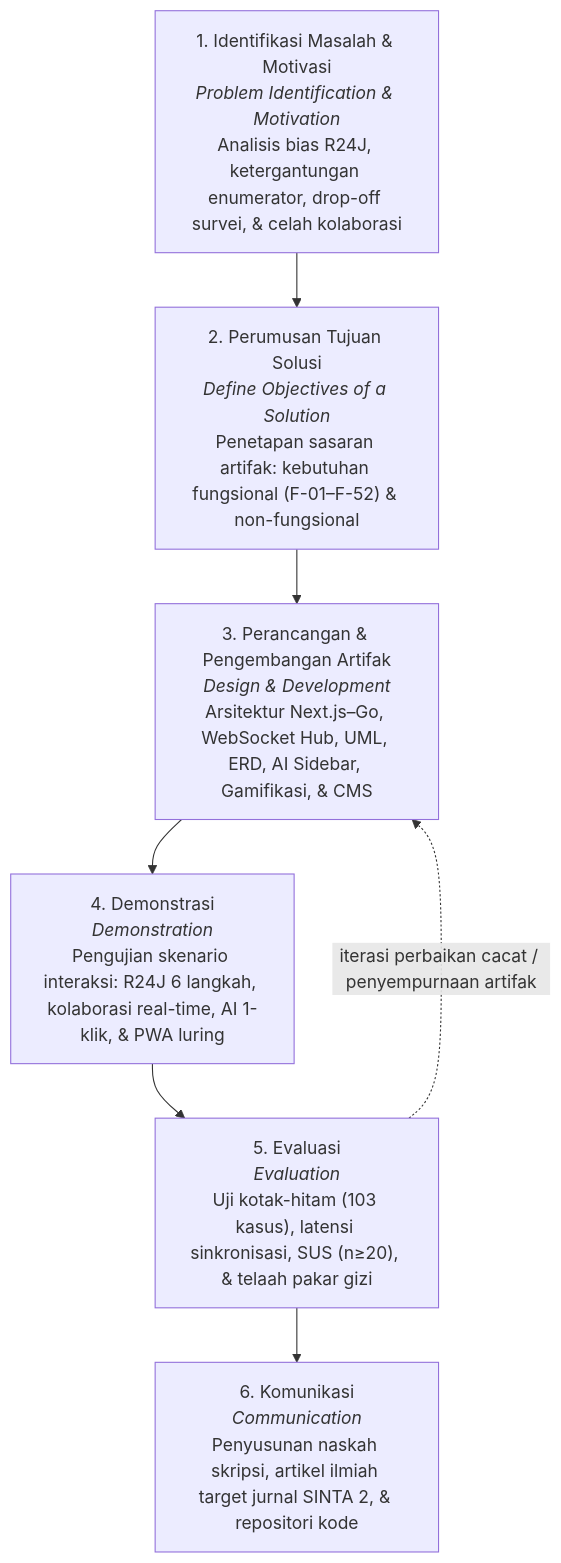
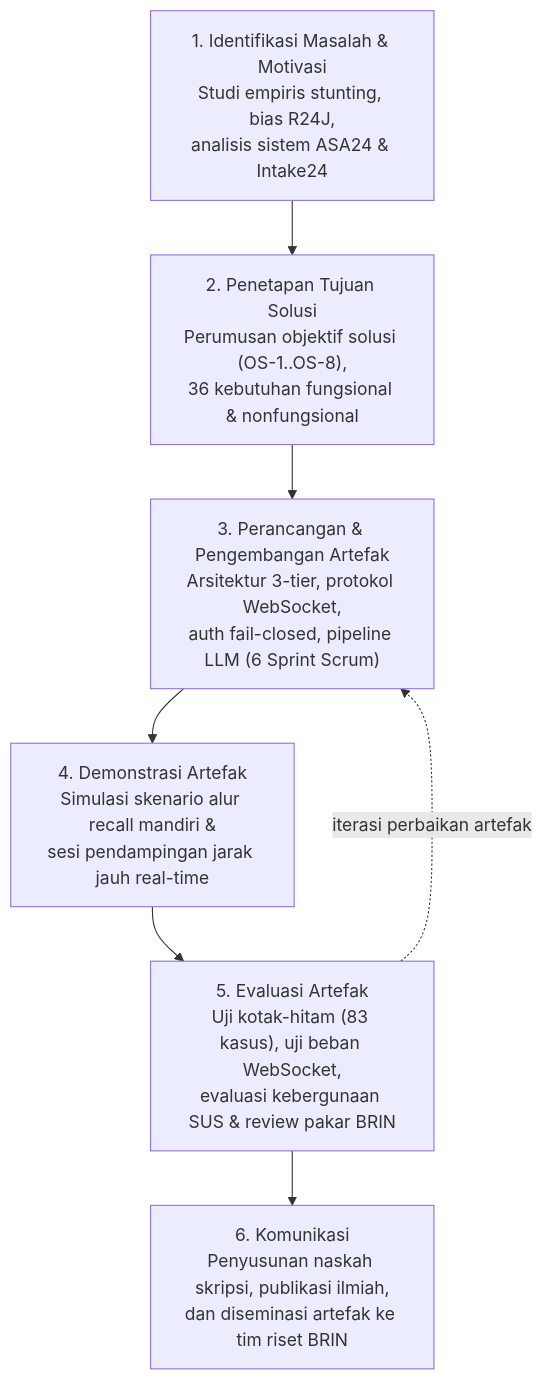
Before and after one commit to Babyhex7/atlas_food_frontend: the first of 14 diagrams in docs/Skripsi_Atlas_Food_Bab_1-5.md, drawn with Mermaid. The commit also changed other lines of this file, not shown here.

Commit message:
add skripsi

````diff
--- a/docs/Skripsi_Atlas_Food_Bab_1-5.md
+++ b/docs/Skripsi_Atlas_Food_Bab_1-5.md
@@ -468,10 +464,10 @@
 ```mermaid
 flowchart TD
-    A["1. Identifikasi Masalah & Motivasi<br/><i>Problem Identification & Motivation</i><br/>Analisis bias R24J, ketergantungan enumerator, drop-off survei, & celah kolaborasi"] --> B
-    B["2. Perumusan Tujuan Solusi<br/><i>Define Objectives of a Solution</i><br/>Penetapan sasaran artifak: kebutuhan fungsional (F-01–F-52) & non-fungsional"] --> C
-    C["3. Perancangan & Pengembangan Artifak<br/><i>Design & Development</i><br/>Arsitektur Next.js–Go, WebSocket Hub, UML, ERD, AI Sidebar, Gamifikasi, & CMS"] --> D
-    D["4. Demonstrasi<br/><i>Demonstration</i><br/>Pengujian skenario interaksi: R24J 6 langkah, kolaborasi real-time, AI 1-klik, & PWA luring"] --> E
-    E["5. Evaluasi<br/><i>Evaluation</i><br/>Uji kotak-hitam (103 kasus), latensi sinkronisasi, SUS (n≥20), & telaah pakar gizi"] --> F
-    F["6. Komunikasi<br/><i>Communication</i><br/>Penyusunan naskah skripsi, artikel ilmiah target jurnal SINTA 2, & repositori kode"]
-    E -.->|"iterasi perbaikan cacat / penyempurnaan artifak"| C
+    A["1. Identifikasi Masalah & Motivasi<br/>Studi empiris stunting, bias R24J,<br/>analisis sistem ASA24 & Intake24"] --> B
+    B["2. Penetapan Tujuan Solusi<br/>Perumusan objektif solusi (OS-1..OS-8),<br/>36 kebutuhan fungsional & nonfungsional"] --> C
+    C["3. Perancangan & Pengembangan Artefak<br/>Arsitektur 3-tier, protokol WebSocket,<br/>auth fail-closed, pipeline LLM (6 Sprint Scrum)"] --> D
+    D["4. Demonstrasi Artefak<br/>Simulasi skenario alur recall mandiri &<br/>sesi pendampingan jarak jauh real-time"] --> E
+    E["5. Evaluasi Artefak<br/>Uji kotak-hitam (83 kasus), uji beban WebSocket,<br/>evaluasi kebergunaan SUS & review pakar BRIN"] --> F
+    F["6. Komunikasi<br/>Penyusunan naskah skripsi, publikasi ilmiah,<br/>dan diseminasi artefak ke tim riset BRIN"]
+    E -.->|"iterasi perbaikan artefak"| C
 ```
````
